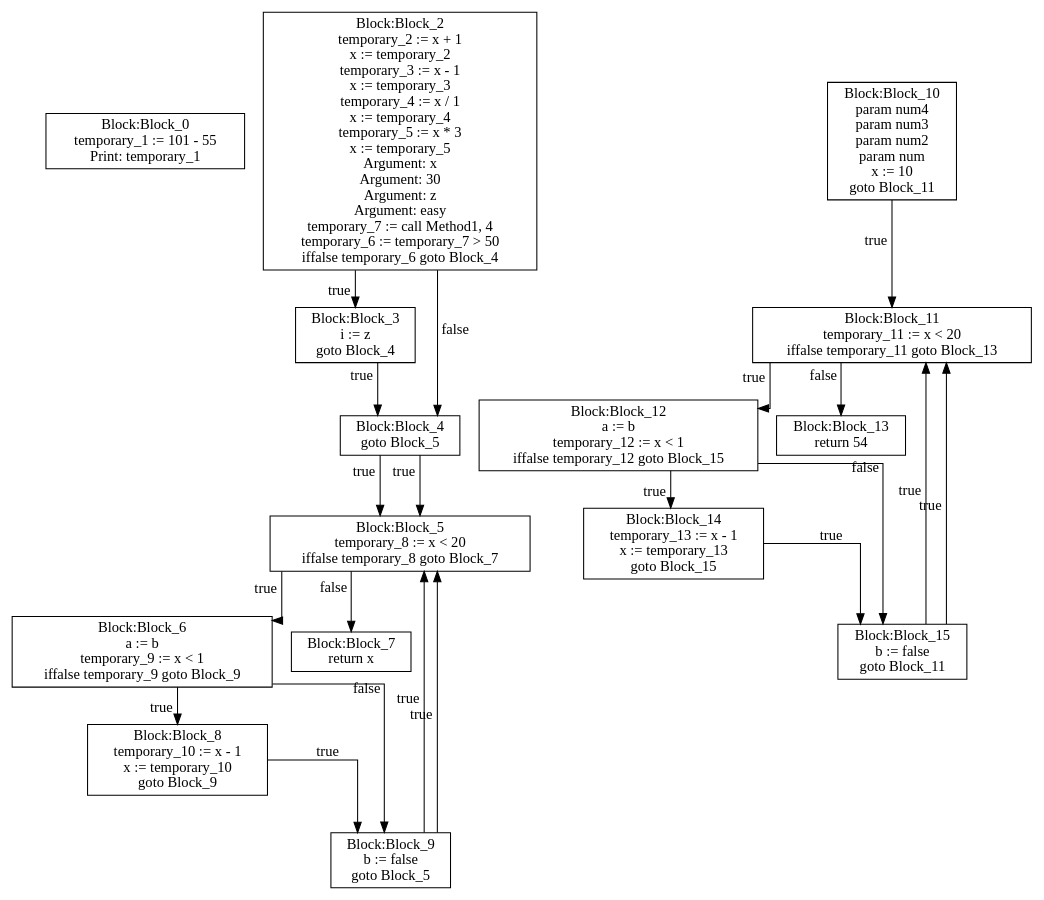
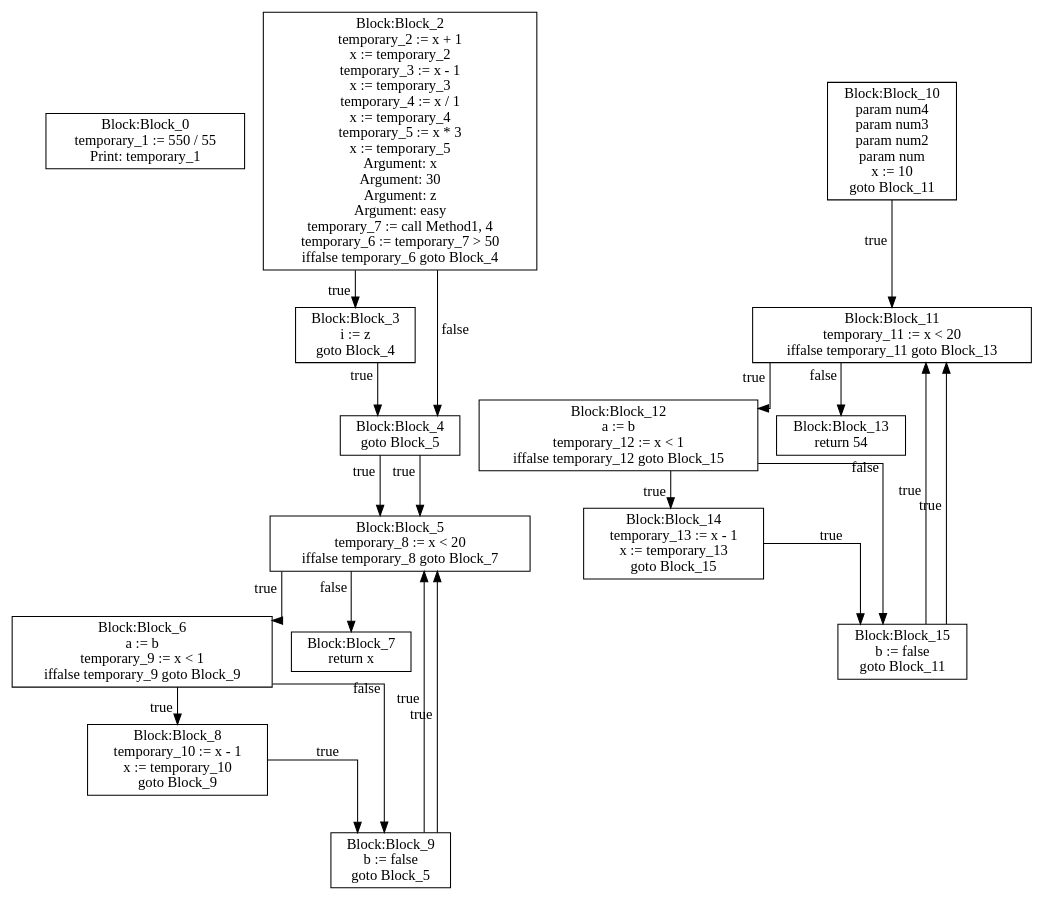
The diagram in lab3/CFG-tree.dot (moondog-matthew/compiler-dv1655), drawn with Graphviz before and after one commit. The commit also changed 4 other files, not shown here.

```diff
--- a/lab3/CFG-tree.dot
+++ b/lab3/CFG-tree.dot
@@ -1,95 +1,95 @@
 digraph {
 graph [ splines = ortho ]
 	node [ shape = box ];
 Block_0 [label="Block:Block_0
-temporary_1 := 101 - 55
+temporary_1 := 550 / 55
 Print: temporary_1"];
 Block_2 [label="Block:Block_2
 temporary_2 := x + 1
 x := temporary_2
 temporary_3 := x - 1
 x := temporary_3
 temporary_4 := x / 1
 x := temporary_4
 temporary_5 := x * 3
 x := temporary_5
 Argument: x
 Argument: 30
 Argument: z
 Argument: easy
 temporary_7 := call Method1, 4
 temporary_6 := temporary_7 > 50
 iffalse temporary_6 goto Block_4"];
 Block_2 -> Block_3 [xlabel = "true"]
 Block_3 [label="Block:Block_3
 i := z
 goto Block_4"];
 Block_3 -> Block_4 [xlabel = "true"]
 Block_4 [label="Block:Block_4
 goto Block_5"];
 Block_4 -> Block_5 [xlabel = "true"]
 Block_5 [label="Block:Block_5
 temporary_8 := x < 20
 iffalse temporary_8 goto Block_7"];
 Block_5 -> Block_6 [xlabel = "true"]
 Block_6 [label="Block:Block_6
 a := b
 temporary_9 := x < 1
 iffalse temporary_9 goto Block_9"];
 Block_6 -> Block_8 [xlabel = "true"]
 Block_8 [label="Block:Block_8
 temporary_10 := x - 1
 x := temporary_10
 goto Block_9"];
 Block_8 -> Block_9 [xlabel = "true"]
 Block_9 [label="Block:Block_9
 b := false
 goto Block_5"];
 Block_9 -> Block_5 [xlabel = "true"]
 Block_6 -> Block_9 [xlabel = "false"]
 Block_9 [label="Block:Block_9
 b := false
 goto Block_5"];
 Block_9 -> Block_5 [xlabel = "true"]
 Block_5 -> Block_7 [xlabel = "false"]
 Block_7 [label="Block:Block_7
 return x"];
 Block_2 -> Block_4 [xlabel = "false"]
 Block_4 [label="Block:Block_4
 goto Block_5"];
 Block_4 -> Block_5 [xlabel = "true"]
 Block_10 [label="Block:Block_10
 param num4
 param num3
 param num2
 param num
 x := 10
 goto Block_11"];
 Block_10 -> Block_11 [xlabel = "true"]
 Block_11 [label="Block:Block_11
 temporary_11 := x < 20
 iffalse temporary_11 goto Block_13"];
 Block_11 -> Block_12 [xlabel = "true"]
 Block_12 [label="Block:Block_12
 a := b
 temporary_12 := x < 1
 iffalse temporary_12 goto Block_15"];
 Block_12 -> Block_14 [xlabel = "true"]
 Block_14 [label="Block:Block_14
 temporary_13 := x - 1
 x := temporary_13
 goto Block_15"];
 Block_14 -> Block_15 [xlabel = "true"]
 Block_15 [label="Block:Block_15
 b := false
 goto Block_11"];
 Block_15 -> Block_11 [xlabel = "true"]
 Block_12 -> Block_15 [xlabel = "false"]
 Block_15 [label="Block:Block_15
 b := false
 goto Block_11"];
 Block_15 -> Block_11 [xlabel = "true"]
 Block_11 -> Block_13 [xlabel = "false"]
 Block_13 [label="Block:Block_13
 return 54"];
 }
```
